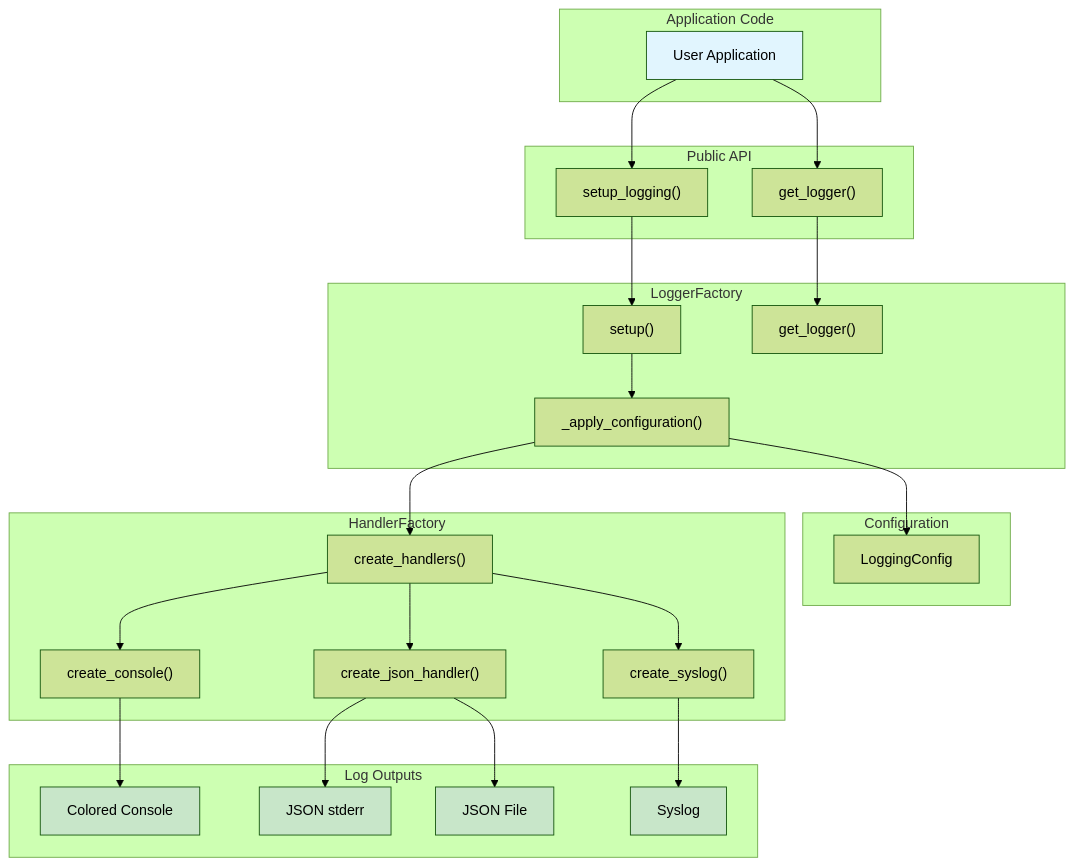
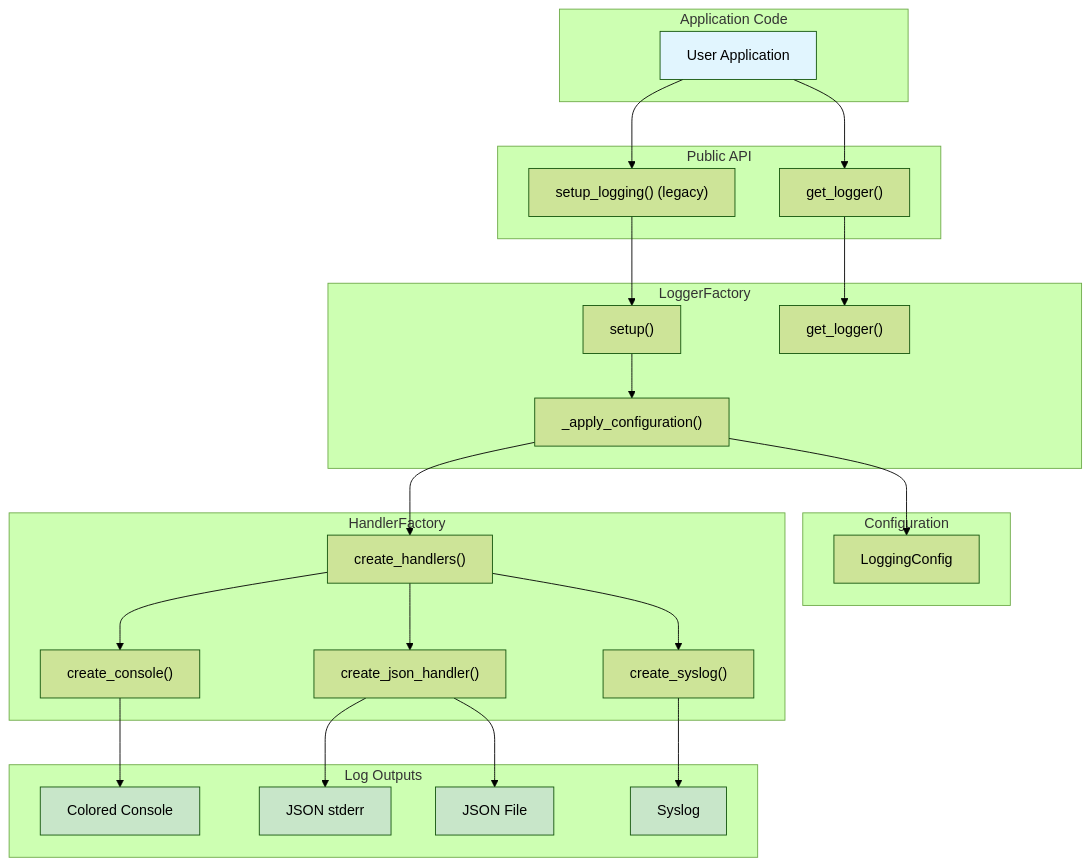
The second of 2 diagrams in docs/C4-Documentation/c4-component-core-logging.md (antragh/arlogi), drawn with Mermaid (forest theme) before and after one commit. The commit also changed other lines of this file and 12 other files, not shown here.

Commit message:
feat: Migrate global logging configuration from `setup_logging()` to `LoggingConfig` and `LoggerFactory._apply_configuration()` pattern, updating examples and documentation accordingly.

````diff
--- a/docs/C4-Documentation/c4-component-core-logging.md
+++ b/docs/C4-Documentation/c4-component-core-logging.md
@@ -519,57 +520,57 @@
 ```mermaid
 flowchart TB
     subgraph Application["Application Code"]
         UserCode["User Application"]
     end
 
     subgraph API["Public API"]
-        Setup["setup_logging()"]
+        Setup["setup_logging() (legacy)"]
         GetLogger["get_logger()"]
     end
 
     subgraph Factory["LoggerFactory"]
         SetupMethod["setup()"]
         GetLoggerMethod["get_logger()"]
         ApplyConfig["_apply_configuration()"]
     end
 
     subgraph Config["Configuration"]
         LoggingConfig["LoggingConfig"]
     end
 
     subgraph Handlers["HandlerFactory"]
         CreateHandlers["create_handlers()"]
         CreateConsole["create_console()"]
         CreateJSON["create_json_handler()"]
         CreateSyslog["create_syslog()"]
     end
 
     subgraph Outputs["Log Outputs"]
         Console["Colored Console"]
         JSONStream["JSON stderr"]
         JSONFile["JSON File"]
         Syslog["Syslog"]
     end
 
     UserCode --> Setup
     UserCode --> GetLogger
     Setup --> SetupMethod
     GetLogger --> GetLoggerMethod
     SetupMethod --> ApplyConfig
     ApplyConfig --> LoggingConfig
     ApplyConfig --> CreateHandlers
     CreateHandlers --> CreateConsole
     CreateHandlers --> CreateJSON
     CreateHandlers --> CreateSyslog
 
     CreateConsole --> Console
     CreateJSON --> JSONStream
     CreateJSON --> JSONFile
     CreateSyslog --> Syslog
 
     style UserCode fill:#e1f5fe
     style Console fill:#c8e6c9
     style JSONStream fill:#c8e6c9
     style JSONFile fill:#c8e6c9
     style Syslog fill:#c8e6c9
 ```
````
